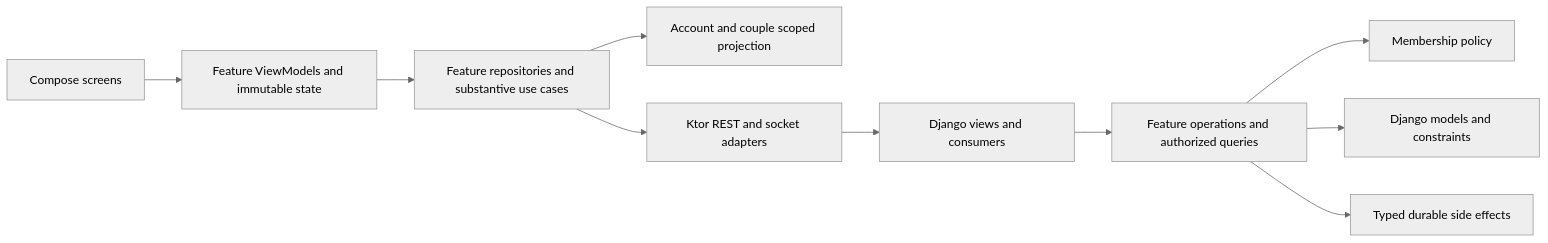
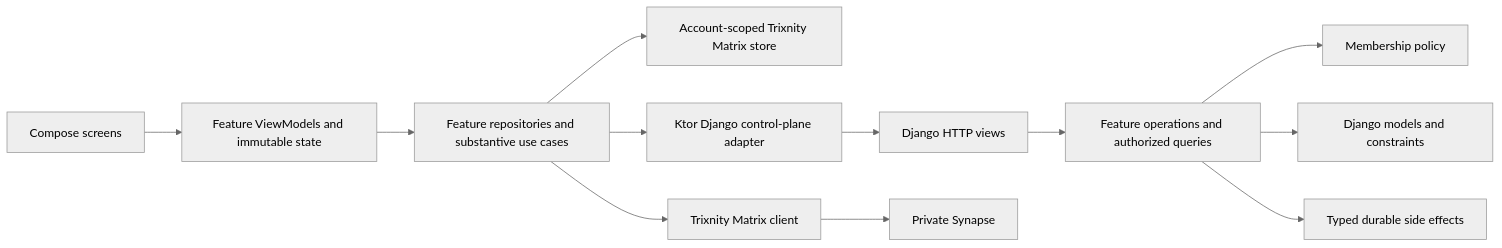
Before and after one commit to SriZan12/SriSu: the third of 5 diagrams in docs/architecture/system-design/02-target-architecture.md, drawn with Mermaid (neutral theme). The commit also changed other lines of this file and 108 other files, not shown here.

First line of the commit message:
feat(chat): integrate Matrix E2EE client

````diff
--- a/docs/architecture/system-design/02-target-architecture.md
+++ b/docs/architecture/system-design/02-target-architecture.md
@@ -130,12 +151,14 @@
 ```mermaid
 flowchart LR
   ui["Compose screens"] --> state["Feature ViewModels and immutable state"]
   state --> repositories["Feature repositories and substantive use cases"]
-  repositories --> localStore["Account and couple scoped projection"]
-  repositories --> transport["Ktor REST and socket adapters"]
-  transport --> adapters["Django views and consumers"]
+  repositories --> localStore["Account-scoped Trixnity Matrix store"]
+  repositories --> control["Ktor Django control-plane adapter"]
+  repositories --> matrix["Trixnity Matrix client"]
+  control --> adapters["Django HTTP views"]
   adapters --> operations["Feature operations and authorized queries"]
   operations --> relationships["Membership policy"]
   operations --> orm["Django models and constraints"]
   operations --> jobs["Typed durable side effects"]
+  matrix --> synapse["Private Synapse"]
 ```
````
